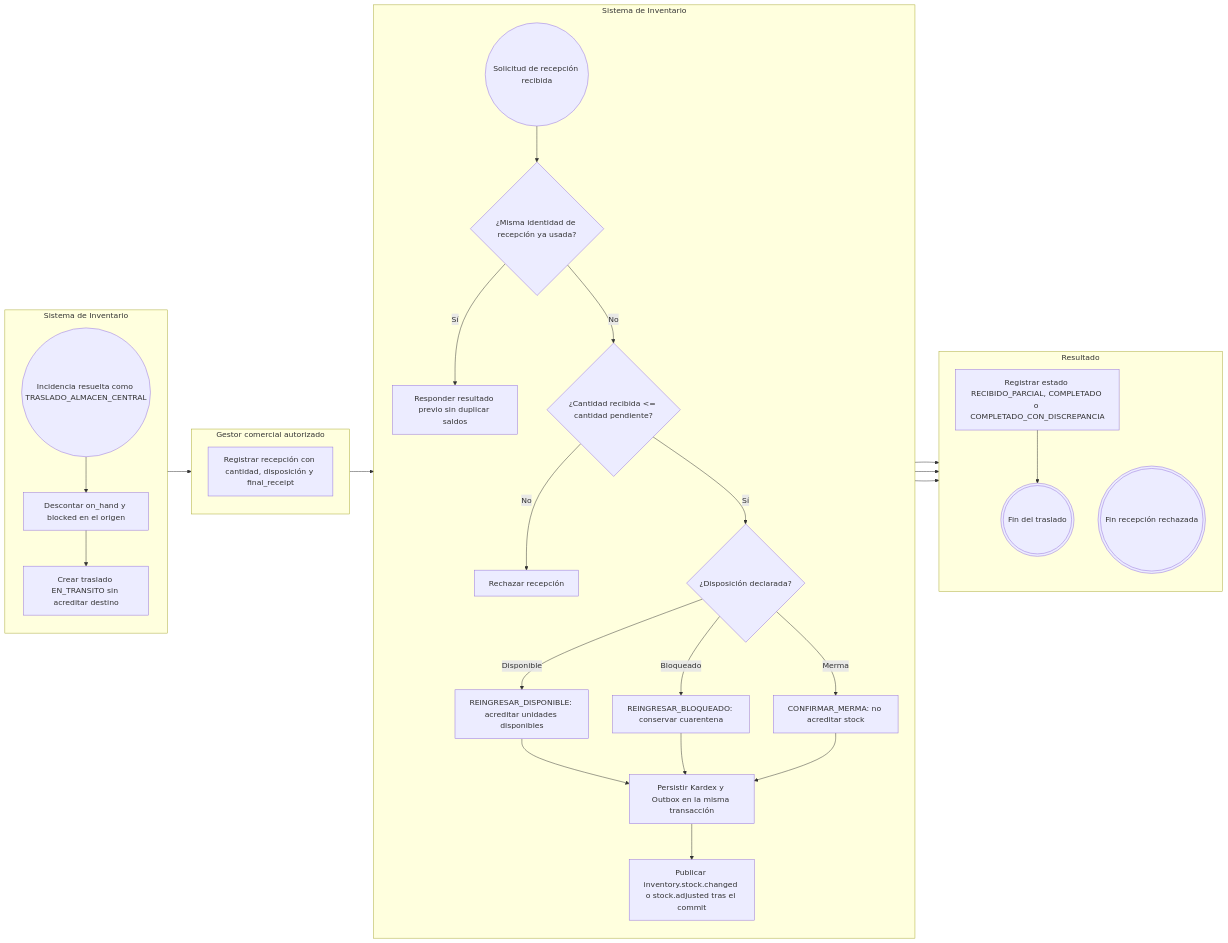
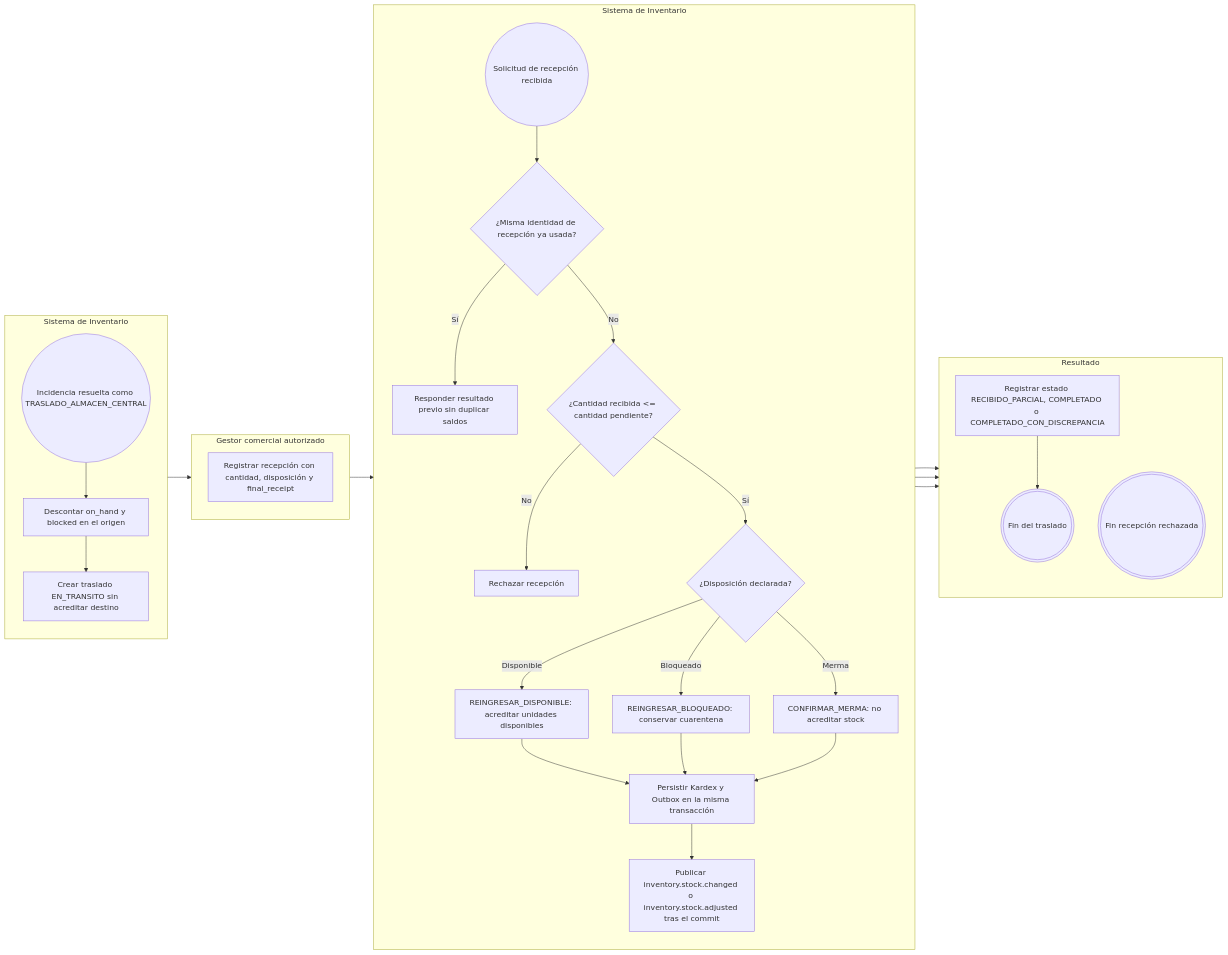
The ninth of 10 diagrams in flujos/FLOW-015-control-stock-disponibilidad.md (Taller-SW-Web/G6-Productos-Ofertas-docs), drawn with Mermaid before and after one commit. The commit also changed other lines of this file and 6 other files, not shown here.

````diff
--- a/flujos/FLOW-015-control-stock-disponibilidad.md
+++ b/flujos/FLOW-015-control-stock-disponibilidad.md
@@ -461,57 +461,57 @@
 ```mermaid
 flowchart LR
     subgraph ORIGEN["Sistema de Inventario"]
         direction TB
         INICIO((Incidencia resuelta como TRASLADO_ALMACEN_CENTRAL))
         A1["Descontar on_hand y blocked en el origen"]
         A2["Crear traslado EN_TRANSITO sin acreditar destino"]
     end
 
     subgraph GESTOR["Gestor comercial autorizado"]
         direction TB
         A3["Registrar recepción con cantidad, disposición y final_receipt"]
     end
 
     subgraph INV["Sistema de Inventario"]
         direction TB
         E1(("Solicitud de recepción recibida"))
         D1{"¿Misma identidad de recepción ya usada?"}
         A4["Responder resultado previo sin duplicar saldos"]
         D2{"¿Cantidad recibida <= cantidad pendiente?"}
         A5["Rechazar recepción"]
         D3{"¿Disposición declarada?"}
         A6["REINGRESAR_DISPONIBLE: acreditar unidades disponibles"]
         A7["REINGRESAR_BLOQUEADO: conservar cuarentena"]
         A8["CONFIRMAR_MERMA: no acreditar stock"]
         A9["Persistir Kardex y Outbox en la misma transacción"]
-        A10["Publicar inventory.stock.changed o stock.adjusted tras el commit"]
+        A10["Publicar inventory.stock.changed o inventory.stock.adjusted tras el commit"]
     end
 
     subgraph RES["Resultado"]
         direction TB
         B1["Registrar estado RECIBIDO_PARCIAL, COMPLETADO o COMPLETADO_CON_DISCREPANCIA"]
         FIN_OK(((Fin del traslado)))
         FIN_REJ(((Fin recepción rechazada)))
     end
 
     INICIO --> A1
     A1 --> A2
     A2 --> A3
     A3 --> E1
     E1 --> D1
     D1 -->|"Sí"| A4
     D1 -->|"No"| D2
     A4 --> FIN_OK
     D2 -->|"No"| A5
     D2 -->|"Sí"| D3
     A5 --> FIN_REJ
     D3 -->|"Disponible"| A6
     D3 -->|"Bloqueado"| A7
     D3 -->|"Merma"| A8
     A6 --> A9
     A7 --> A9
     A8 --> A9
     A9 --> A10
     A10 --> B1
     B1 --> FIN_OK
 ```
````
